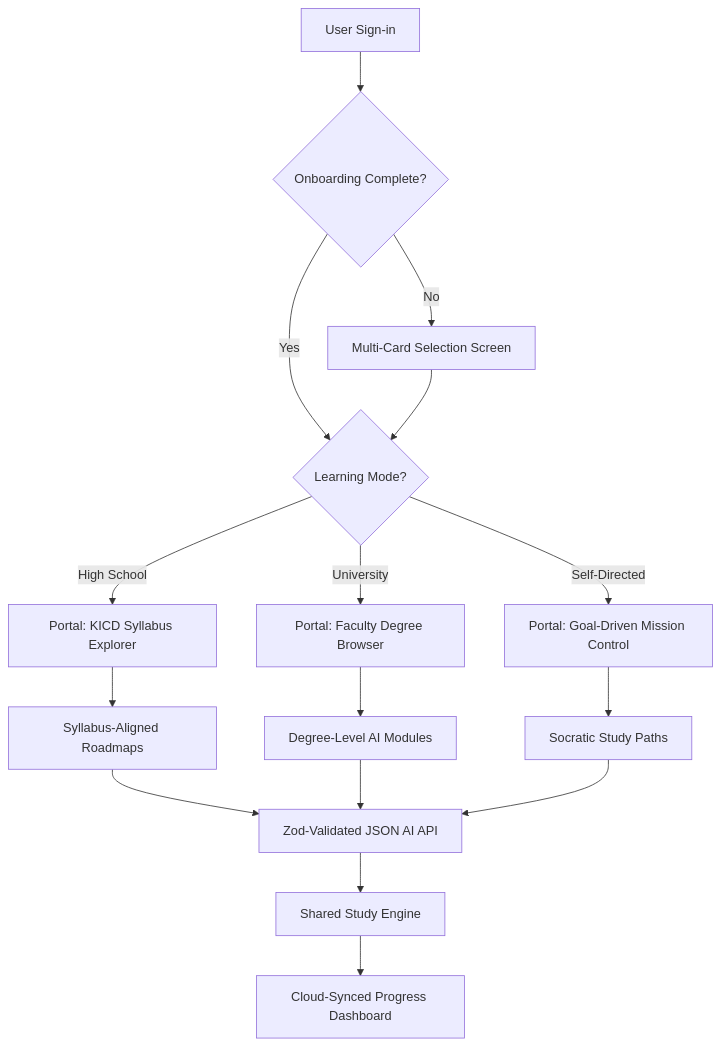
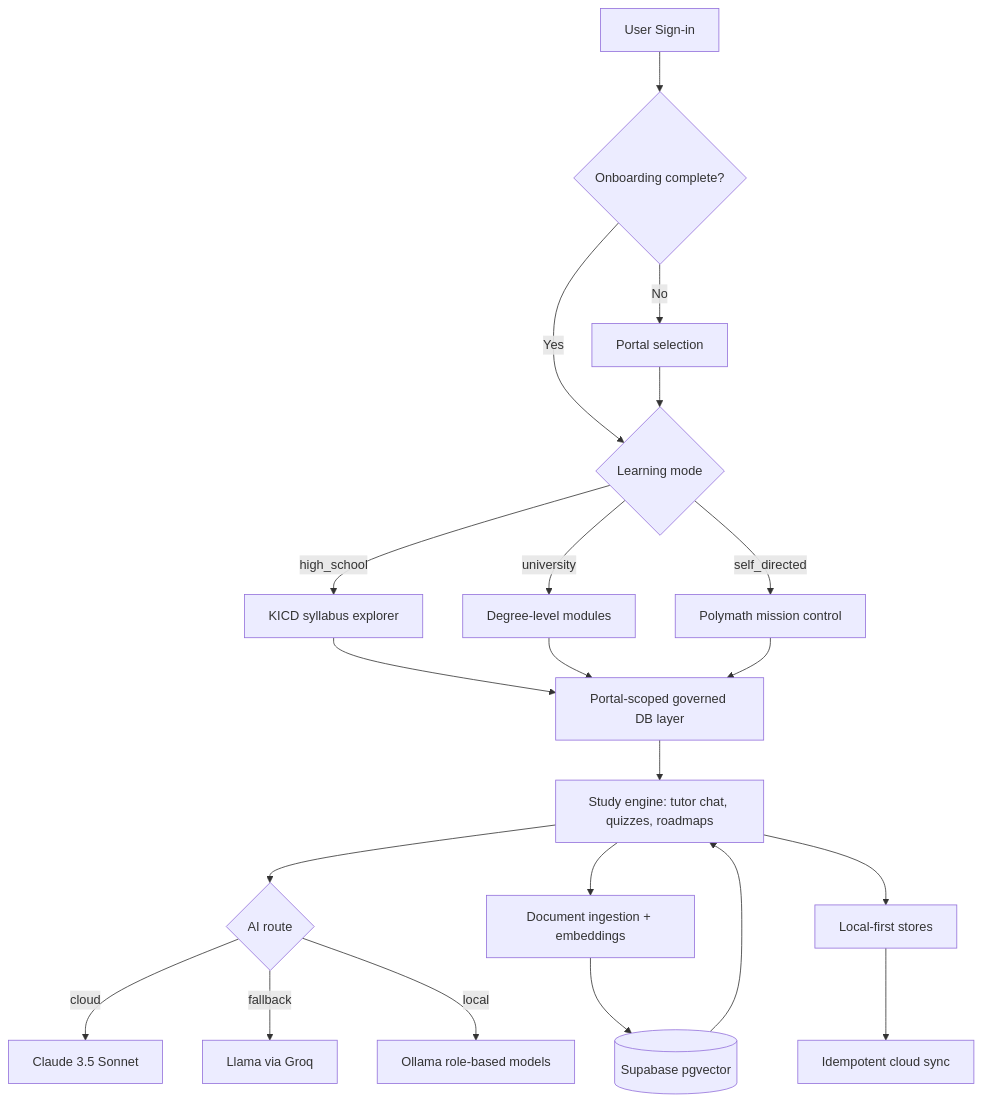
Before and after one commit to dmuhoro/EasyTutor: the diagram in README.md, drawn with Mermaid. The commit also changed other lines of this file and 3 other files, not shown here.

````diff
--- a/README.md
+++ b/README.md
@@ -21,20 +83,25 @@
 ```mermaid
 graph TD
-    A[User Sign-in] --> B{Onboarding Complete?}
-    B -- No --> C[Multi-Card Selection Screen]
-    B -- Yes --> D{Learning Mode?}
-    
+    A[User Sign-in] --> B{Onboarding complete?}
+    B -- No --> C[Portal selection]
+    B -- Yes --> D{Learning mode}
     C --> D
-    
-    D -- High School --> E[Portal: KICD Syllabus Explorer]
-    D -- University --> F[Portal: Faculty Degree Browser]
-    D -- Self-Directed --> G[Portal: Goal-Driven Mission Control]
-    
-    E --> H[Syllabus-Aligned Roadmaps]
-    F --> I[Degree-Level AI Modules]
-    G --> J[Socratic Study Paths]
-    
-    H & I & J --> K[Zod-Validated JSON AI API]
-    K --> L[Shared Study Engine]
-    L --> M[Cloud-Synced Progress Dashboard]
+
+    D -- high_school --> E[KICD syllabus explorer]
+    D -- university --> F[Degree-level modules]
+    D -- self_directed --> G[Polymath mission control]
+
+    E & F & G --> H[Portal-scoped governed DB layer]
+    H --> I[Study engine: tutor chat, quizzes, roadmaps]
+    I --> J{AI route}
+    J -- cloud --> K[Claude 3.5 Sonnet]
+    J -- fallback --> L[Llama via Groq]
+    J -- local --> M[Ollama role-based models]
+
+    I --> N[Document ingestion + embeddings]
+    N --> O[(Supabase pgvector)]
+    O --> I
+
+    I --> P[Local-first stores]
+    P --> Q[Idempotent cloud sync]
 ```
````
